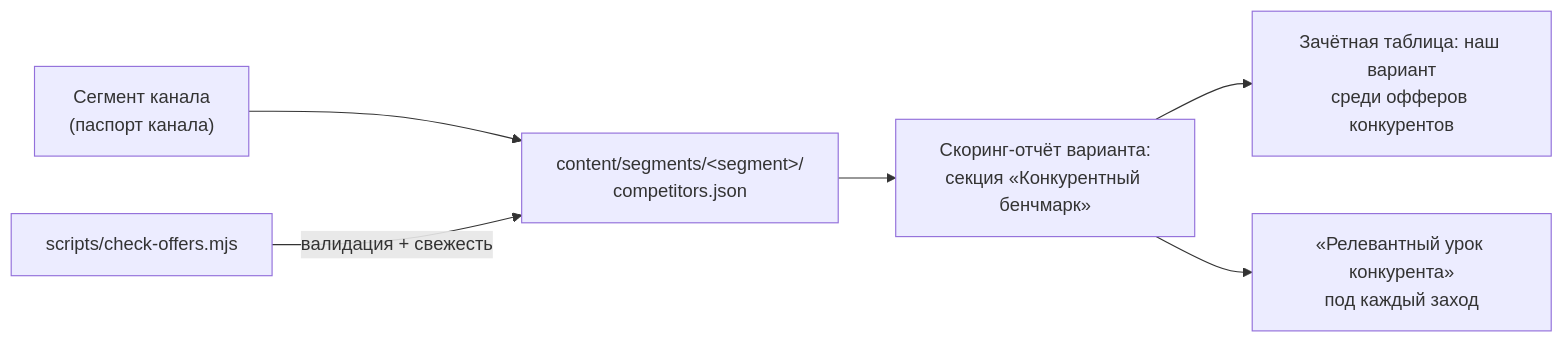
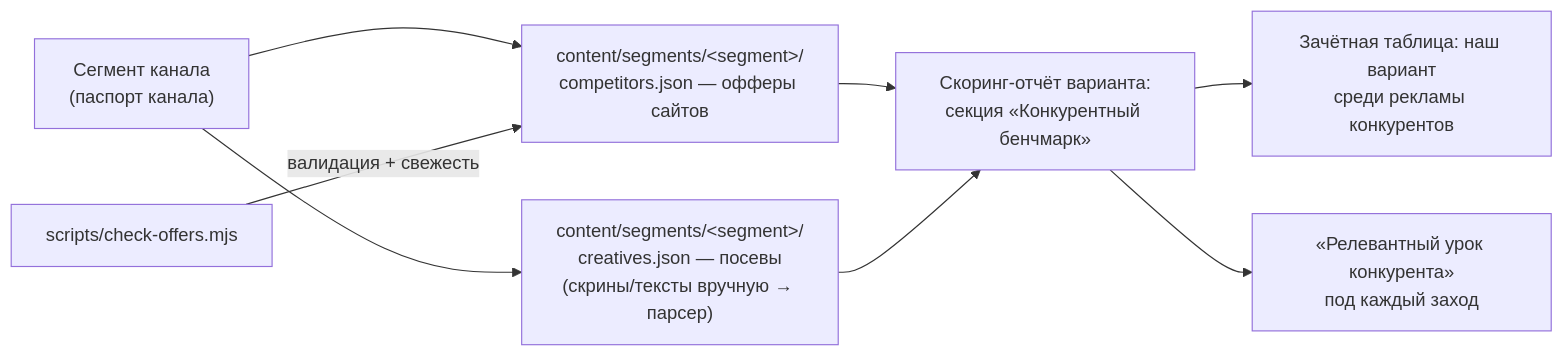
The diagram in docs/COMPETITORS.md (cryptoyoginya/kaiten-influence), drawn with Mermaid before and after one commit. The commit also changed other lines of this file and 1 other file, not shown here.

Commit message:
docs(COMPETITORS): два вида материала — офферы сайтов и рекламные посевы, ручной сбор скринов сейчас, парсер потом

````diff
--- a/docs/COMPETITORS.md
+++ b/docs/COMPETITORS.md
@@ -10,8 +28,10 @@
 ```mermaid
 flowchart LR
-    A["Сегмент канала<br/>(паспорт канала)"] --> B["content/segments/&lt;segment&gt;/<br/>competitors.json"]
+    A["Сегмент канала<br/>(паспорт канала)"] --> B["content/segments/&lt;segment&gt;/<br/>competitors.json — офферы сайтов"]
+    A --> B2["content/segments/&lt;segment&gt;/<br/>creatives.json — посевы<br/>(скрины/тексты вручную → парсер)"]
     B --> C["Скоринг-отчёт варианта:<br/>секция «Конкурентный бенчмарк»"]
-    C --> D["Зачётная таблица: наш вариант<br/>среди офферов конкурентов"]
+    B2 --> C
+    C --> D["Зачётная таблица: наш вариант<br/>среди рекламы конкурентов"]
     C --> E["«Релевантный урок конкурента»<br/>под каждый заход"]
     F["scripts/check-offers.mjs"] -->|валидация + свежесть| B
 ```
````
